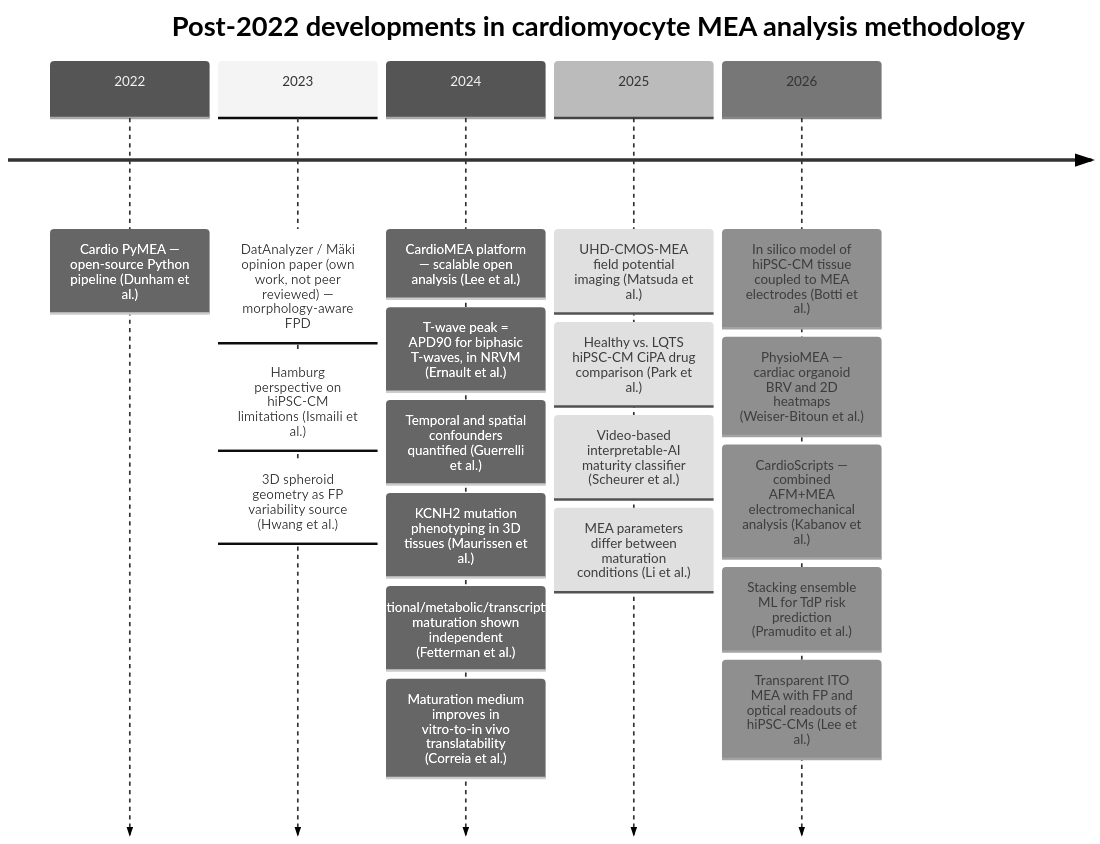
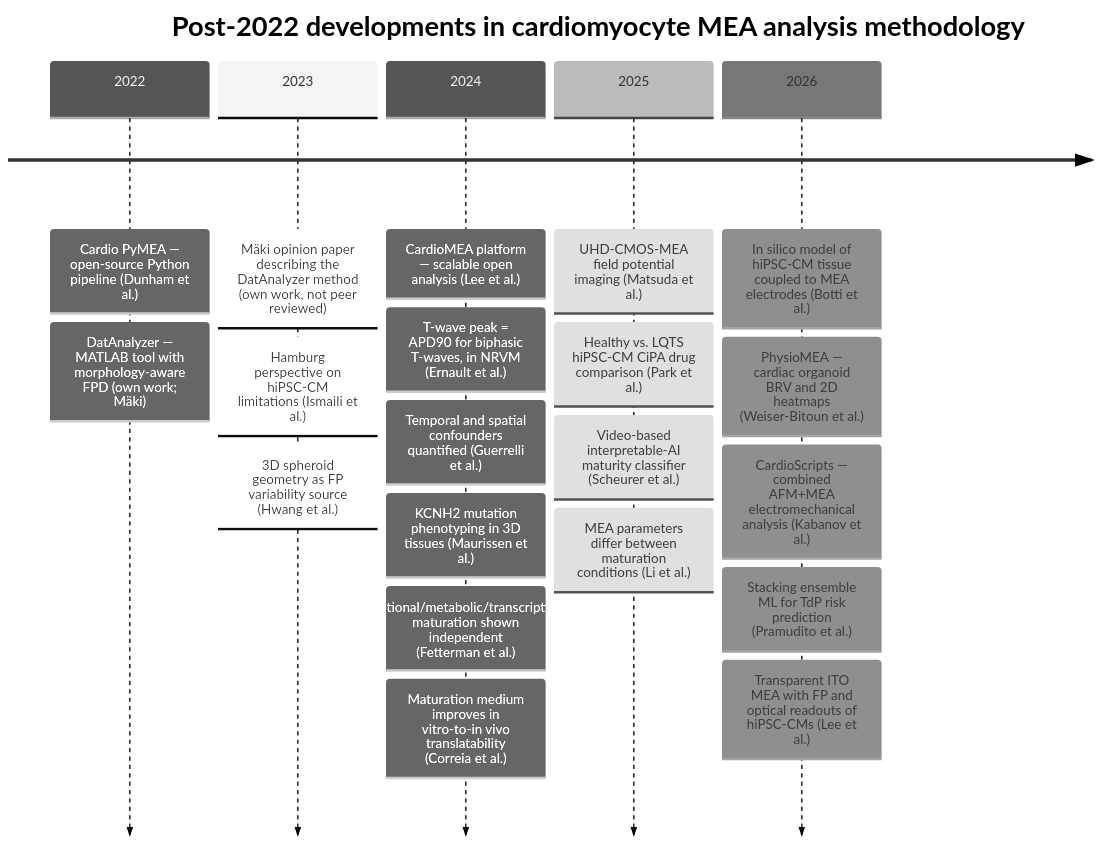
The first of 2 diagrams in main.md (AnaHill/MEA_review_llm_wiki), drawn with Mermaid (neutral theme) before and after one commit. The commit also changed other lines of this file and 3 other files, not shown here.

Commit message:
date DatAnalyzer to its 2022 release, correct its language to MATLAB, and separate it from the 2023 opinion paper in the timeline, record the MIT licence now added to the DatAnalyzer repository

````diff
--- a/main.md
+++ b/main.md
@@ -70,23 +70,24 @@
 ```mermaid
 timeline
     title Post-2022 developments in cardiomyocyte MEA analysis methodology
     2022 : Cardio PyMEA — open-source Python pipeline (Dunham et al.)
-    2023 : DatAnalyzer / Mäki opinion paper (own work, not peer reviewed) — morphology-aware FPD
+         : DatAnalyzer — MATLAB tool with morphology-aware FPD (own work; Mäki)
+    2023 : Mäki opinion paper describing the DatAnalyzer method (own work, not peer reviewed)
          : Hamburg perspective on hiPSC-CM limitations (Ismaili et al.)
          : 3D spheroid geometry as FP variability source (Hwang et al.)
     2024 : CardioMEA platform — scalable open analysis (Lee et al.)
          : T-wave peak = APD90 for biphasic T-waves, in NRVM (Ernault et al.)
          : Temporal and spatial confounders quantified (Guerrelli et al.)
          : KCNH2 mutation phenotyping in 3D tissues (Maurissen et al.)
          : Functional/metabolic/transcriptional maturation shown independent (Fetterman et al.)
          : Maturation medium improves in vitro-to-in vivo translatability (Correia et al.)
     2025 : UHD-CMOS-MEA field potential imaging (Matsuda et al.)
          : Healthy vs. LQTS hiPSC-CM CiPA drug comparison (Park et al.)
          : Video-based interpretable-AI maturity classifier (Scheurer et al.)
          : MEA parameters differ between maturation conditions (Li et al.)
     2026 : In silico model of hiPSC-CM tissue coupled to MEA electrodes (Botti et al.)
          : PhysioMEA — cardiac organoid BRV and 2D heatmaps (Weiser-Bitoun et al.)
          : CardioScripts — combined AFM+MEA electromechanical analysis (Kabanov et al.)
          : Stacking ensemble ML for TdP risk prediction (Pramudito et al.)
          : Transparent ITO MEA with FP and optical readouts of hiPSC-CMs (Lee et al.)
 ```
````
